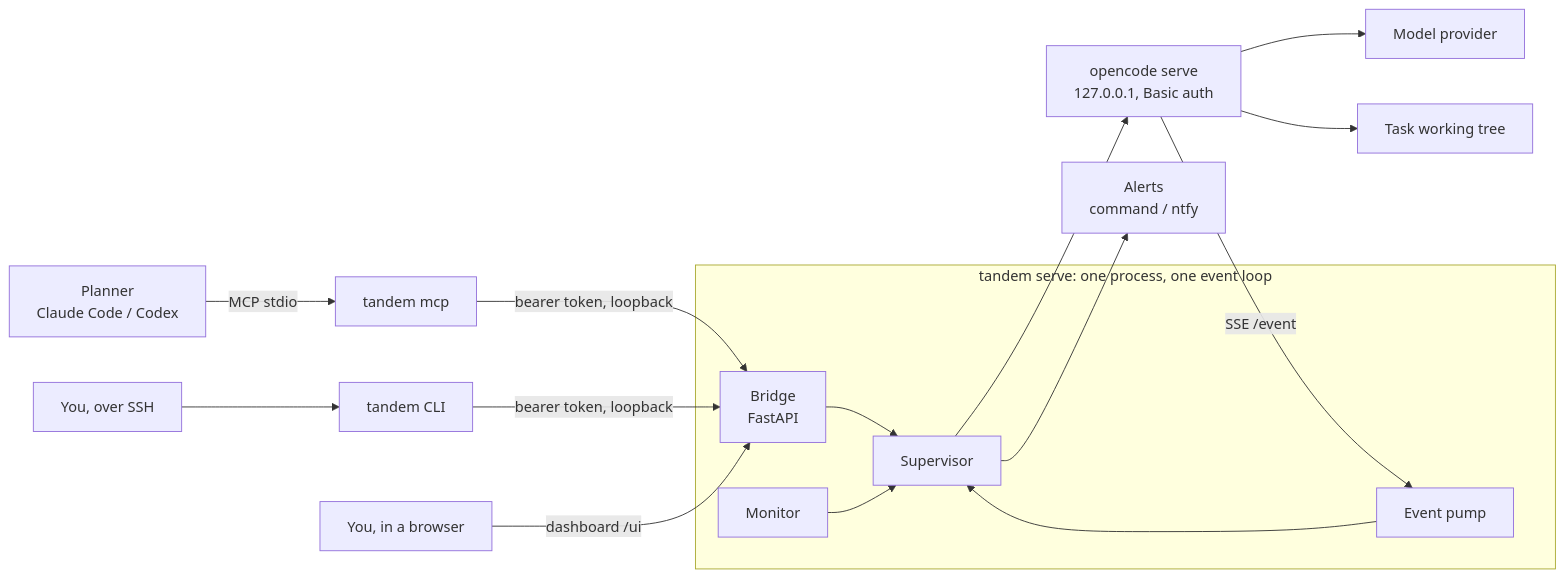
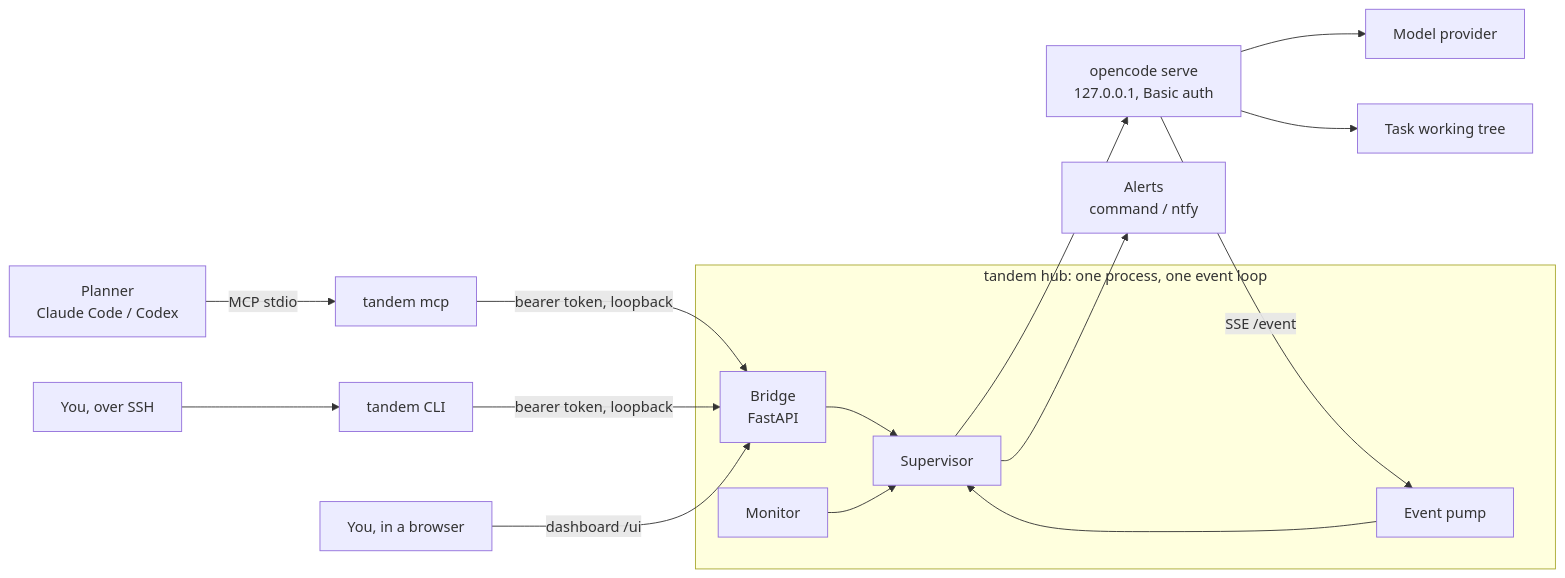
The first of 2 diagrams in README.md (mumoj/inTandem), drawn with Mermaid before and after one commit. The commit also changed other lines of this file and 10 other files, not shown here.

````diff
--- a/README.md
+++ b/README.md
@@ -21,18 +21,18 @@
 ```mermaid
 flowchart LR
     planner["Planner<br/>Claude Code / Codex"] -->|MCP stdio| mcp["tandem mcp"]
     phone["You, over SSH"] --> cli["tandem CLI"]
     browser["You, in a browser"] -->|dashboard /ui| bridge
     mcp -->|bearer token, loopback| bridge["Bridge<br/>FastAPI"]
     cli -->|bearer token, loopback| bridge
-    subgraph host ["tandem serve: one process, one event loop"]
+    subgraph host ["tandem hub: one process, one event loop"]
         bridge --> sup["Supervisor"]
         pump["Event pump"] --> sup
         monitor["Monitor"] --> sup
     end
     sup --> oc["opencode serve<br/>127.0.0.1, Basic auth"]
     oc -->|SSE /event| pump
     sup --> alerts["Alerts<br/>command / ntfy"]
     oc --> model["Model provider"]
     oc --> tree["Task working tree"]
 ```
````
